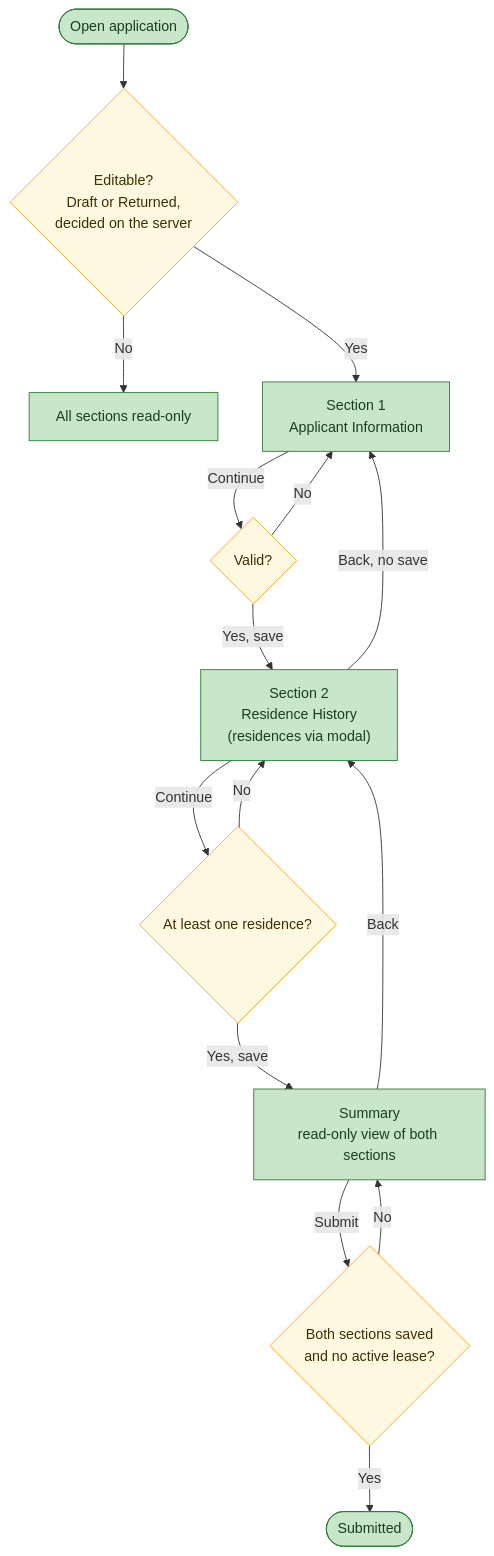
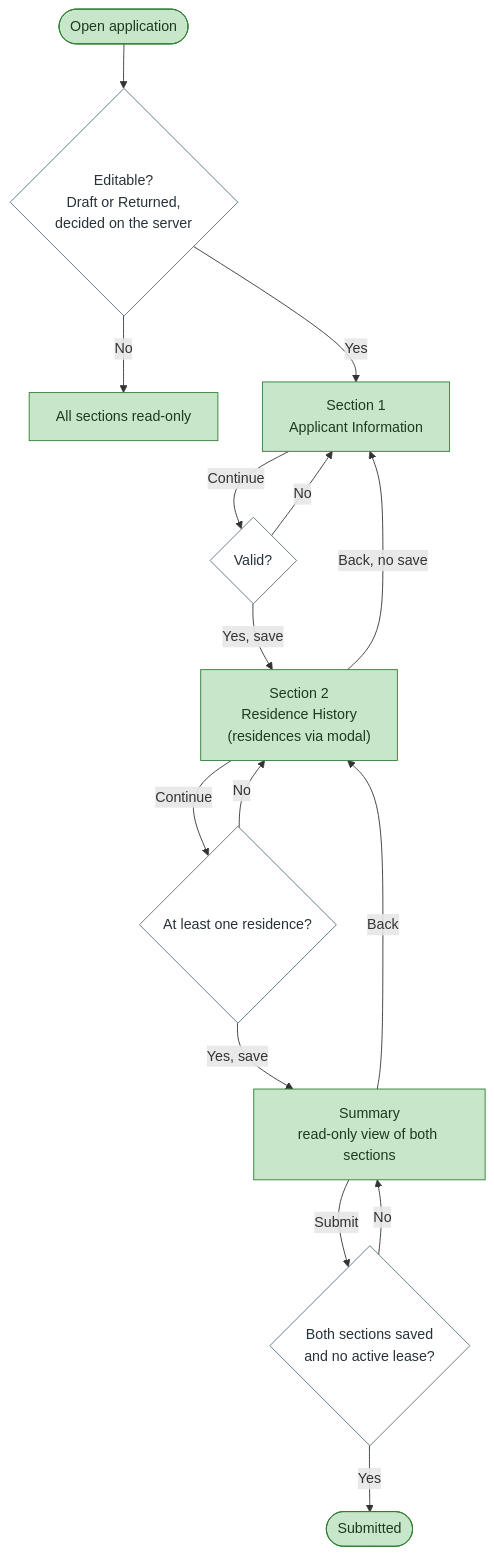
Before and after one commit to breps83/troy-rentalportal: the fifth of 7 diagrams in docs/diagrams.md, drawn with Mermaid. The commit also changed other lines of this file, not shown here.

First line of the commit message:
Diagram Adjustment

````diff
--- a/docs/diagrams.md
+++ b/docs/diagrams.md
@@ -291,24 +292,24 @@
 ```mermaid
 flowchart TD
     classDef done fill:#c8e6c9,stroke:#2e7d32,color:#1b3d1f
     classDef partial fill:#ffe0b2,stroke:#ef6c00,color:#4e2a00
-    classDef decision fill:#fff8e1,stroke:#f9a825,color:#3e2f00
+    classDef decision fill:#ffffff,stroke:#546e7a,color:#263238
 
     Open(["Open application"]):::done --> Editable{"Editable?<br/>Draft or Returned,<br/>decided on the server"}:::decision
     Editable -- No --> ReadOnly["All sections read-only"]:::done
     Editable -- Yes --> S1["Section 1<br/>Applicant Information"]:::done
 
     S1 -- Continue --> V1{"Valid?"}:::decision
     V1 -- No --> S1
     V1 -- Yes, save --> S2["Section 2<br/>Residence History<br/>(residences via modal)"]:::done
 
     S2 -- Back, no save --> S1
     S2 -- Continue --> V2{"At least one residence?"}:::decision
     V2 -- No --> S2
     V2 -- Yes, save --> Sum["Summary<br/>read-only view of both sections"]:::done
 
     Sum -- Back --> S2
     Sum -- Submit --> V3{"Both sections saved<br/>and no active lease?"}:::decision
     V3 -- No --> Sum
     V3 -- Yes --> Done(["Submitted"]):::done
 ```
````
